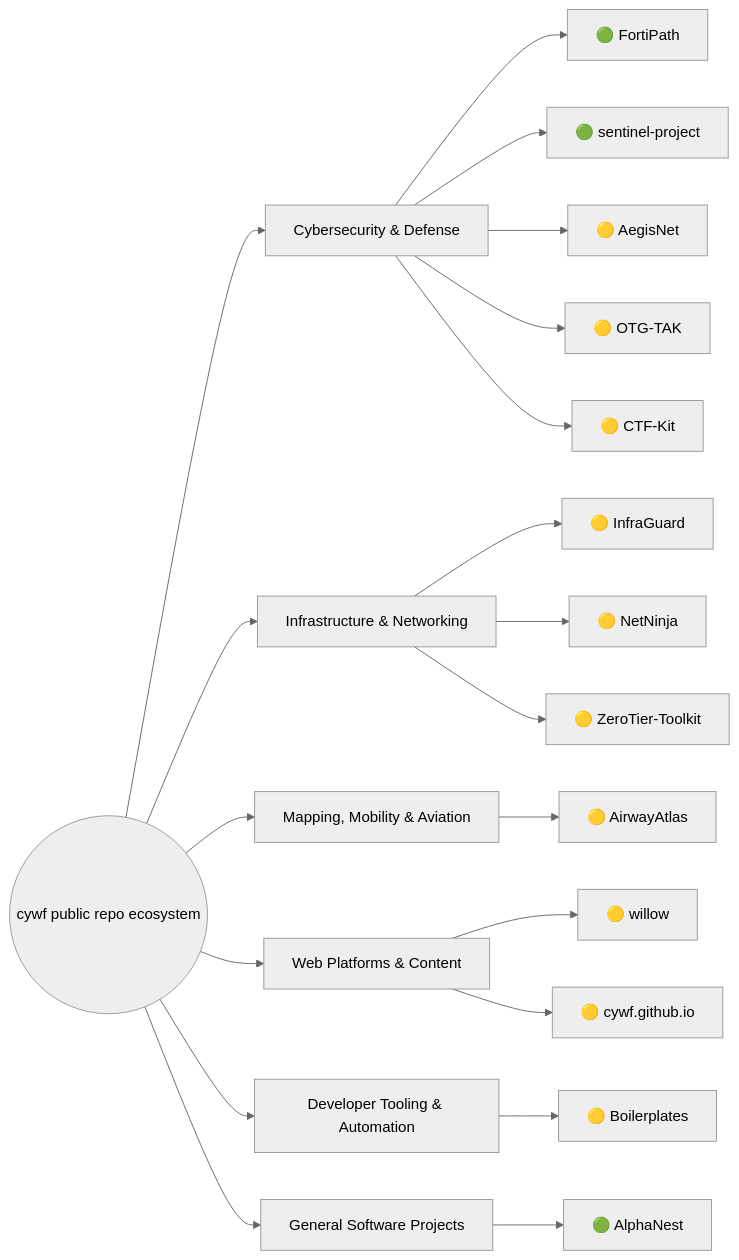
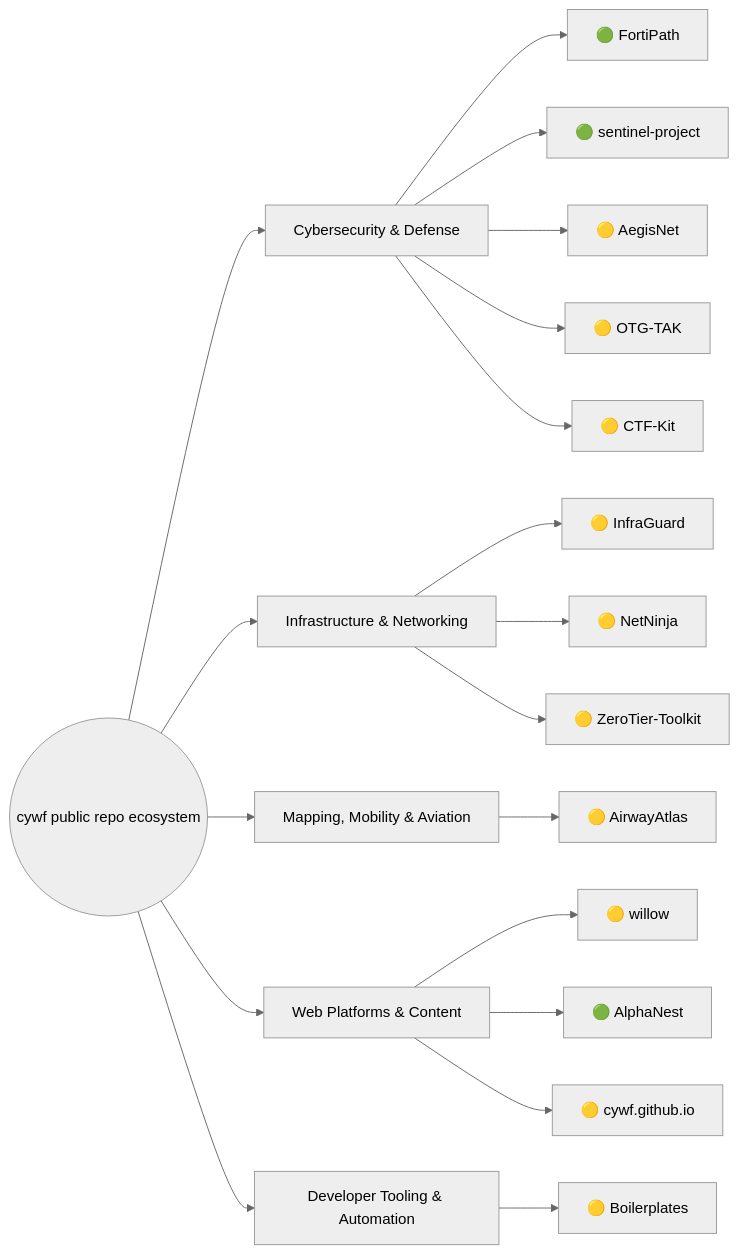
The diagram in README.md (cywf/cywf), drawn with Mermaid (neutral theme) before and after one commit. The commit also changed other lines of this file and 10 other files, not shown here.

````diff
--- a/README.md
+++ b/README.md
@@ -28,23 +31,22 @@
 ```mermaid
 flowchart LR
   root((cywf public repo ecosystem))
   root --> CybersecurityDefense[Cybersecurity & Defense]
   CybersecurityDefense --> FortiPath[🟢 FortiPath]
   CybersecurityDefense --> sentinel-project[🟢 sentinel-project]
   CybersecurityDefense --> AegisNet[🟡 AegisNet]
   CybersecurityDefense --> OTG-TAK[🟡 OTG-TAK]
   CybersecurityDefense --> CTF-Kit[🟡 CTF-Kit]
   root --> InfrastructureNetworking[Infrastructure & Networking]
   InfrastructureNetworking --> InfraGuard[🟡 InfraGuard]
   InfrastructureNetworking --> NetNinja[🟡 NetNinja]
   InfrastructureNetworking --> ZeroTier-Toolkit[🟡 ZeroTier-Toolkit]
   root --> MappingMobilityAviation[Mapping, Mobility & Aviation]
   MappingMobilityAviation --> AirwayAtlas[🟡 AirwayAtlas]
   root --> WebPlatformsContent[Web Platforms & Content]
   WebPlatformsContent --> willow[🟡 willow]
+  WebPlatformsContent --> AlphaNest[🟢 AlphaNest]
   WebPlatformsContent --> cywf.github.io[🟡 cywf.github.io]
   root --> DeveloperToolingAutomation[Developer Tooling & Automation]
   DeveloperToolingAutomation --> Boilerplates[🟡 Boilerplates]
-  root --> GeneralSoftwareProjects[General Software Projects]
-  GeneralSoftwareProjects --> AlphaNest[🟢 AlphaNest]
 ```
````
